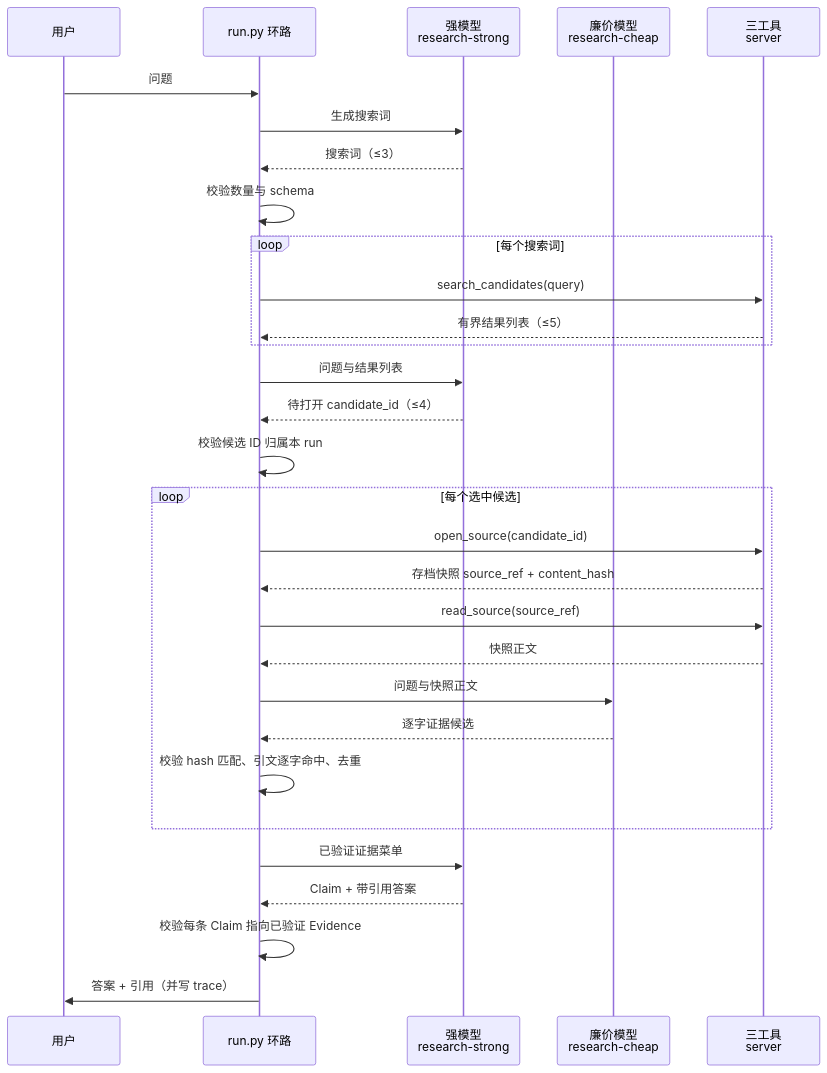
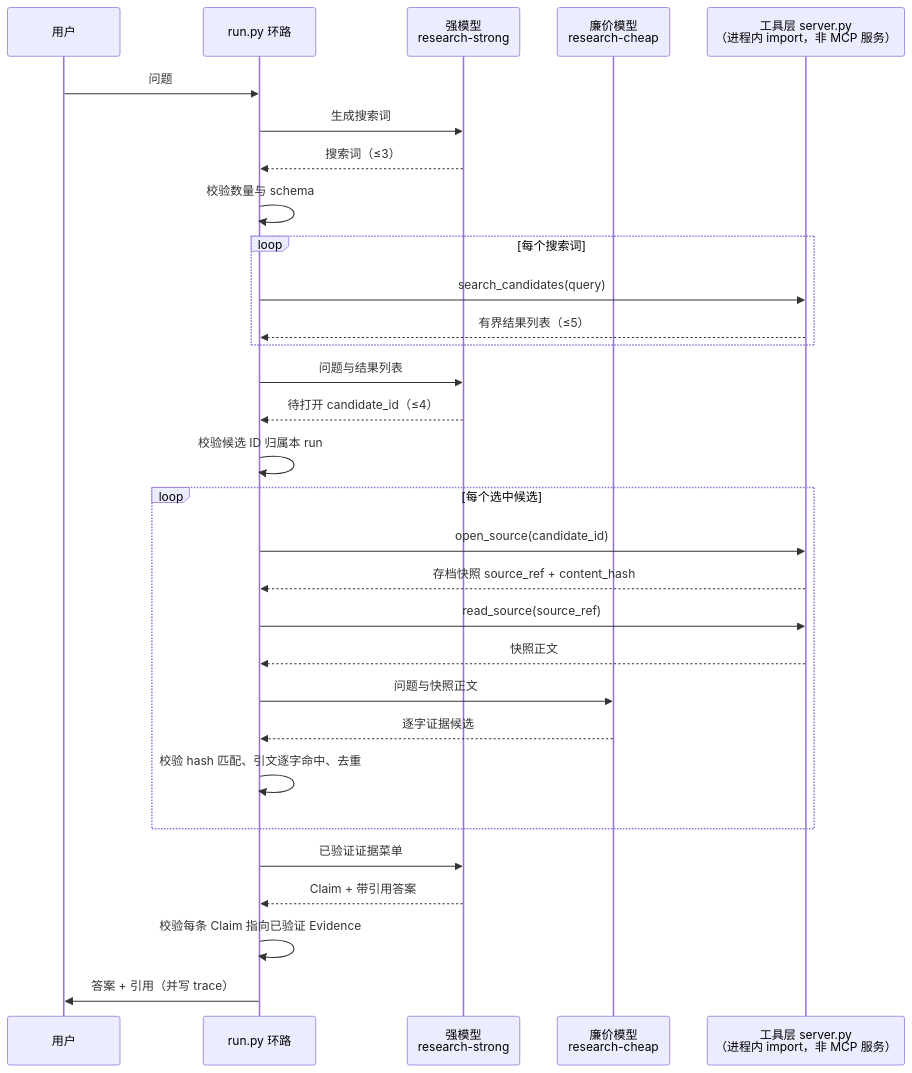
Before and after one commit to SuperCatQR/traceable-research-runtime: the diagram in docs/validation-poc.md, drawn with Mermaid.

Commit message:
时序图消歧义：SI 参与者标注为「进程内 import，非 MCP 服务」

````diff
--- a/docs/validation-poc.md
+++ b/docs/validation-poc.md
@@ -94,33 +94,33 @@
 ```mermaid
 sequenceDiagram
     participant U as 用户
     participant R as run.py 环路
     participant S as 强模型<br/>research-strong
     participant C as 廉价模型<br/>research-cheap
-    participant SI as 三工具<br/>server
+    participant SI as 工具层 server.py<br/>（进程内 import，非 MCP 服务）
 
     U->>R: 问题
     R->>S: 生成搜索词
     S-->>R: 搜索词（≤3）
     R->>R: 校验数量与 schema
     loop 每个搜索词
         R->>SI: search_candidates(query)
         SI-->>R: 有界结果列表（≤5）
     end
     R->>S: 问题与结果列表
     S-->>R: 待打开 candidate_id（≤4）
     R->>R: 校验候选 ID 归属本 run
     loop 每个选中候选
         R->>SI: open_source(candidate_id)
         SI-->>R: 存档快照 source_ref + content_hash
         R->>SI: read_source(source_ref)
         SI-->>R: 快照正文
         R->>C: 问题与快照正文
         C-->>R: 逐字证据候选
         R->>R: 校验 hash 匹配、引文逐字命中、去重
     end
     R->>S: 已验证证据菜单
     S-->>R: Claim + 带引用答案
     R->>R: 校验每条 Claim 指向已验证 Evidence
     R->>U: 答案 + 引用（并写 trace）
 ```
````
